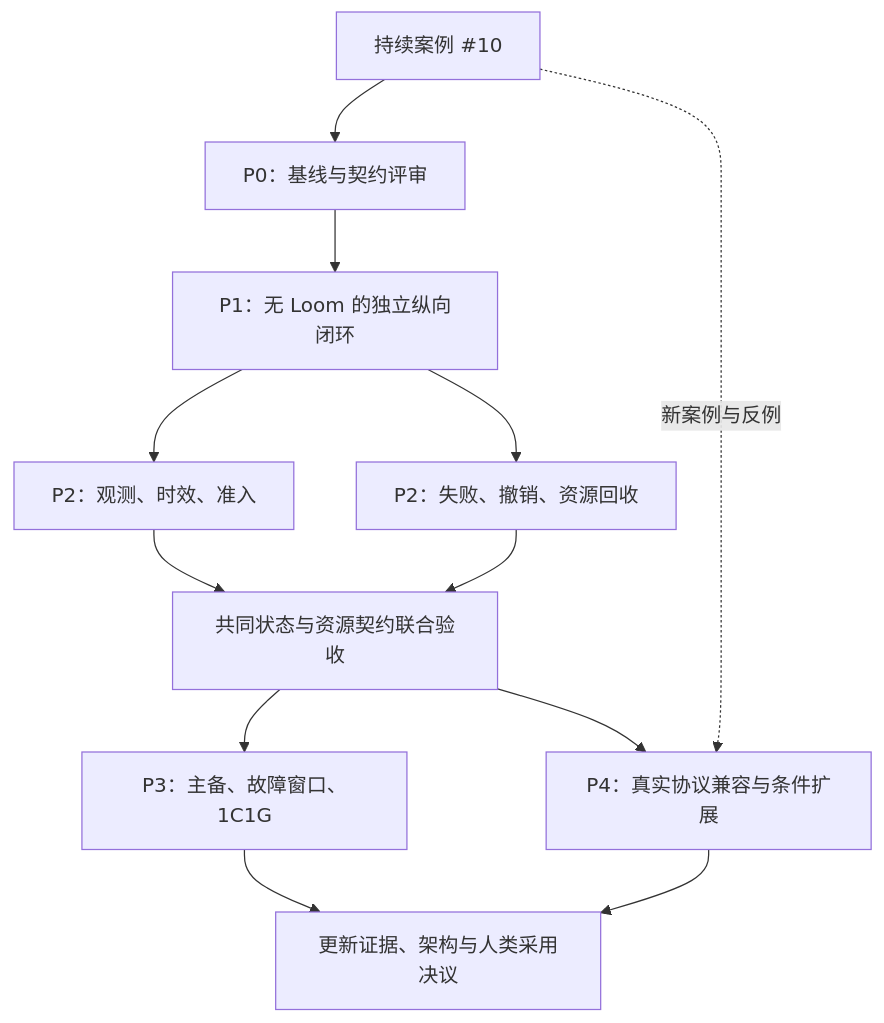
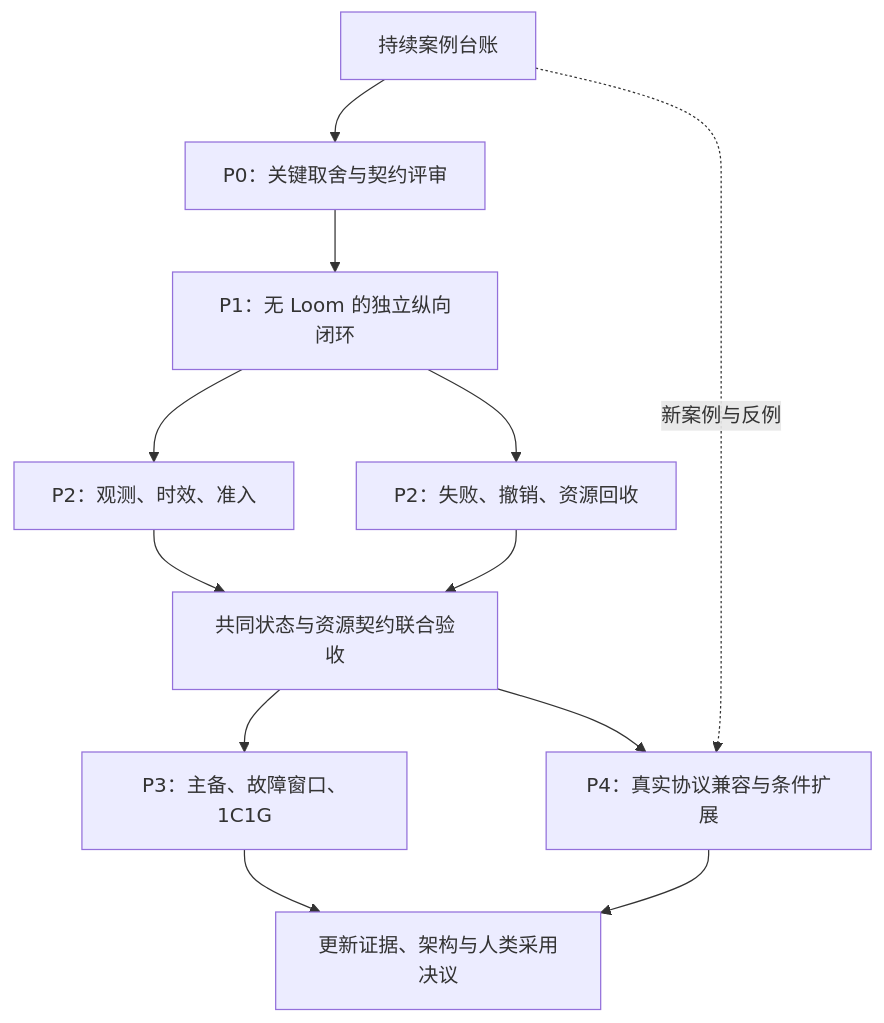
One commit to wyw-ai/loom-oi changed the diagram in docs/architecture/diagrams/06-delivery-dependencies.mmd. Above: the diagram before and after it, drawn with Mermaid. The commit also changed 33 other files, not shown here.

Commit message:
docs(alpha): redraw all architecture views and archive converged issues

```diff
--- a/docs/architecture/diagrams/06-delivery-dependencies.mmd
+++ b/docs/architecture/diagrams/06-delivery-dependencies.mmd
@@ -1,12 +1,12 @@
 flowchart TD
-    CASE["持续案例 #10"] --> P0["P0：基线与契约评审"]
+    CASE["持续案例台账"] --> P0["P0：关键取舍与契约评审"]
     P0 --> P1["P1：无 Loom 的独立纵向闭环"]
     P1 --> P2A["P2：观测、时效、准入"]
     P1 --> P2B["P2：失败、撤销、资源回收"]
     P2A --> G["共同状态与资源契约联合验收"]
     P2B --> G
     G --> P3["P3：主备、故障窗口、1C1G"]
     G --> P4["P4：真实协议兼容与条件扩展"]
     CASE -.->|新案例与反例| P4
     P3 --> REVIEW["更新证据、架构与人类采用决议"]
     P4 --> REVIEW
```
